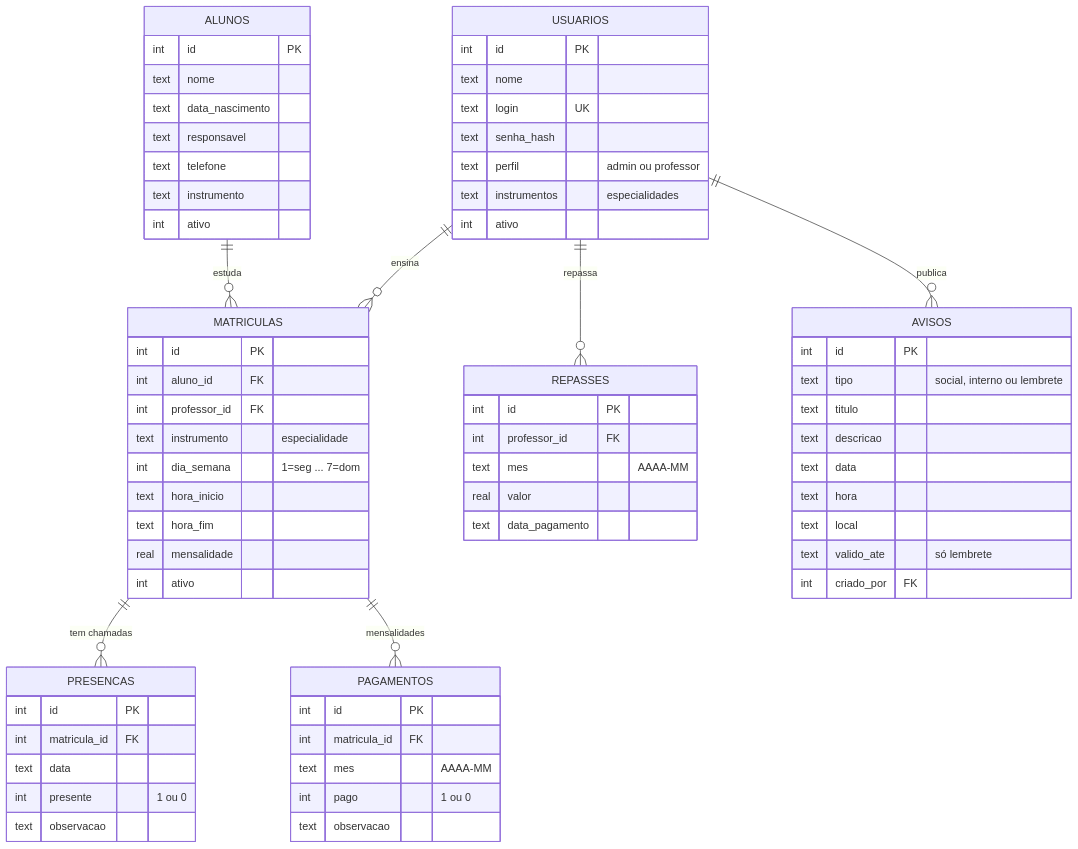
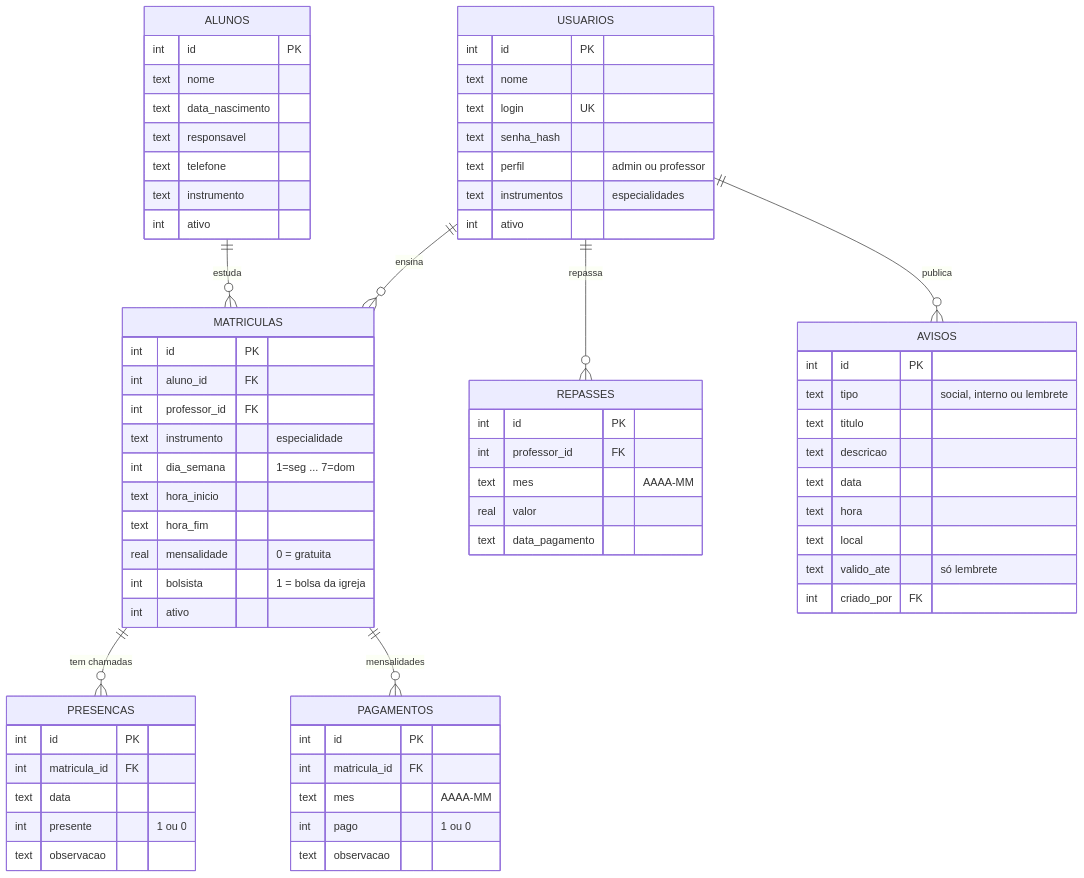
The diagram in docs/DOCUMENTACAO.md (Jldiass/EscolaPIBA), drawn with Mermaid before and after one commit. The commit also changed other lines of this file and 36 other files, not shown here.

````diff
--- a/docs/DOCUMENTACAO.md
+++ b/docs/DOCUMENTACAO.md
@@ -107,71 +114,72 @@
 ```mermaid
 erDiagram
     USUARIOS ||--o{ MATRICULAS : "ensina"
     ALUNOS   ||--o{ MATRICULAS : "estuda"
     MATRICULAS ||--o{ PRESENCAS : "tem chamadas"
     USUARIOS ||--o{ REPASSES : "repassa"
     USUARIOS ||--o{ AVISOS : "publica"
     MATRICULAS ||--o{ PAGAMENTOS : "mensalidades"
 
     USUARIOS {
         int id PK
         text nome
         text login UK
         text senha_hash
         text perfil "admin ou professor"
         text instrumentos "especialidades"
         int ativo
     }
     ALUNOS {
         int id PK
         text nome
         text data_nascimento
         text responsavel
         text telefone
         text instrumento
         int ativo
     }
     MATRICULAS {
         int id PK
         int aluno_id FK
         int professor_id FK
         text instrumento "especialidade"
         int dia_semana "1=seg ... 7=dom"
         text hora_inicio
         text hora_fim
-        real mensalidade
+        real mensalidade "0 = gratuita"
+        int bolsista "1 = bolsa da igreja"
         int ativo
     }
     PRESENCAS {
         int id PK
         int matricula_id FK
         text data
         int presente "1 ou 0"
         text observacao
     }
     REPASSES {
         int id PK
         int professor_id FK
         text mes "AAAA-MM"
         real valor
         text data_pagamento
     }
     PAGAMENTOS {
         int id PK
         int matricula_id FK
         text mes "AAAA-MM"
         int pago "1 ou 0"
         text observacao
     }
     AVISOS {
         int id PK
         text tipo "social, interno ou lembrete"
         text titulo
         text descricao
         text data
         text hora
         text local
         text valido_ate "só lembrete"
         int criado_por FK
     }
 ```
````
